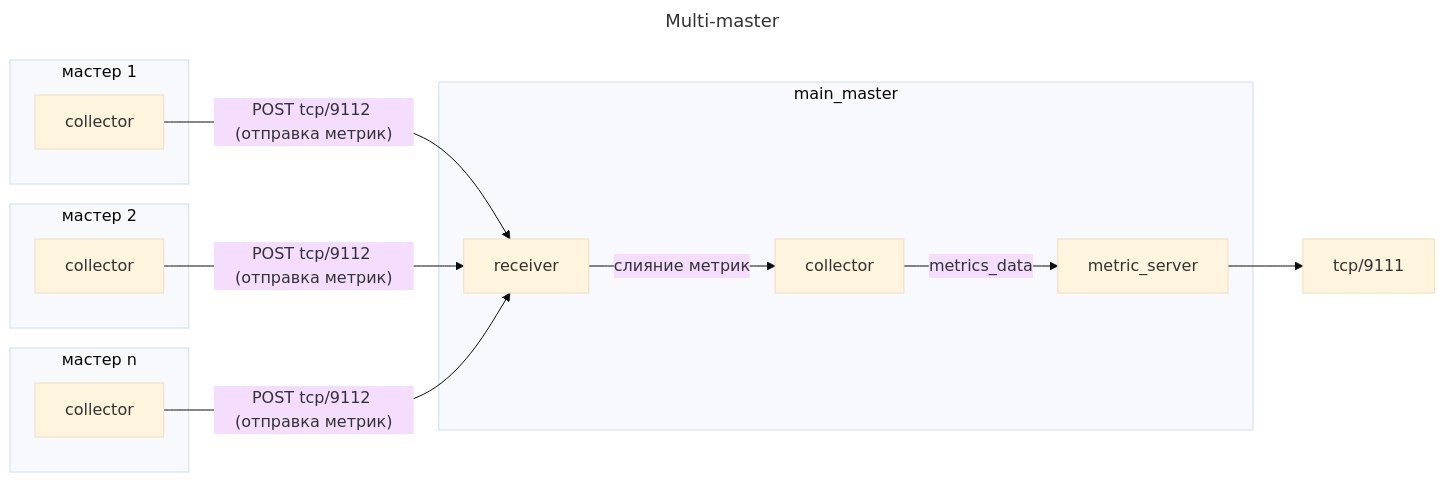
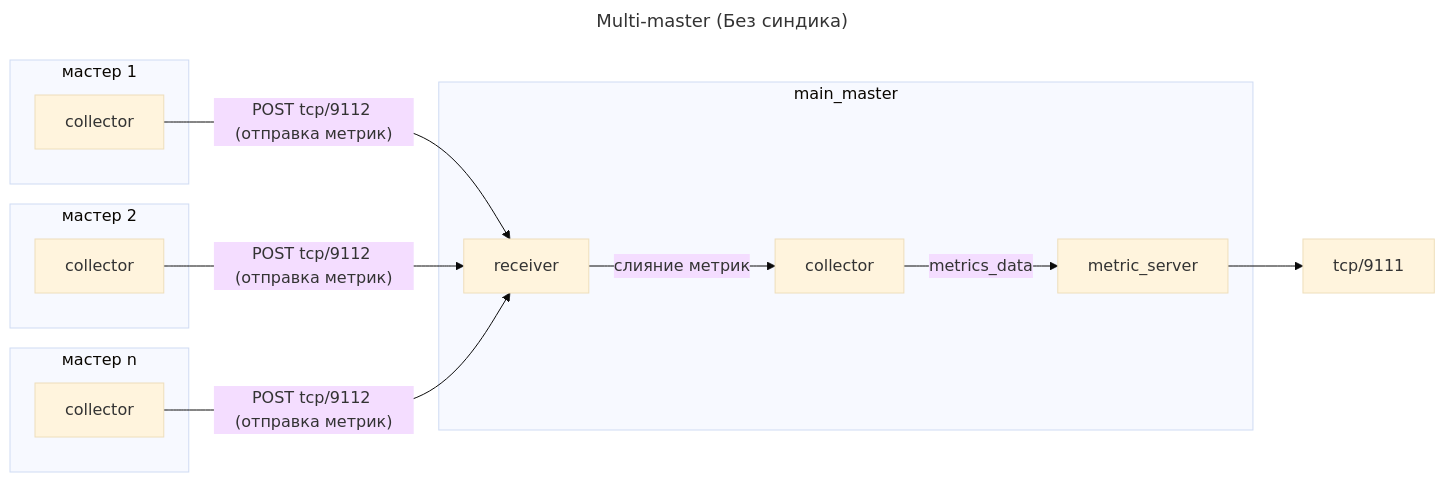
One commit to JoePeach88/salt-exporter changed the second of 2 diagrams in docs/RU.md. Above: the diagram before and after it, drawn with Mermaid (base theme). The commit also changed other lines of this file and 5 other files, not shown here.

````diff
--- a/docs/RU.md
+++ b/docs/RU.md
@@ -37,28 +37,28 @@
 ```mermaid
 ---
-title: Multi-master
+title: Multi-master (Без синдика)
 ---
 flowchart LR
   subgraph slave_master1[мастер 1]
     collector_slave1[collector]
   end
 
   subgraph slave_master2[мастер 2]
     collector_slave2[collector]
   end
 
   subgraph slave_master3[мастер n]
     collector_slave3[collector]
   end
 
   subgraph main_master
     collector_master[collector]
     metric_server
     receiver
   end
 
   collector_slave1 & collector_slave2 & collector_slave3--"POST tcp/9112 (отправка метрик)"-->receiver
   receiver--"слияние метрик"-->collector_master
   collector_master--metrics_data-->metric_server
   metric_server-->expose_metrics[tcp/9111]
 ```
````
